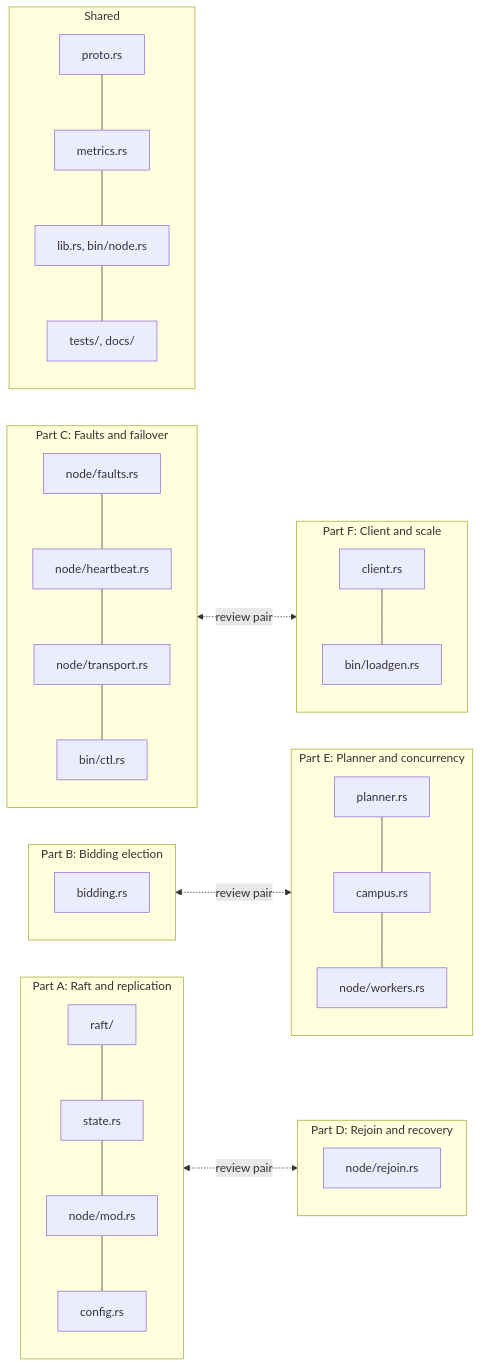
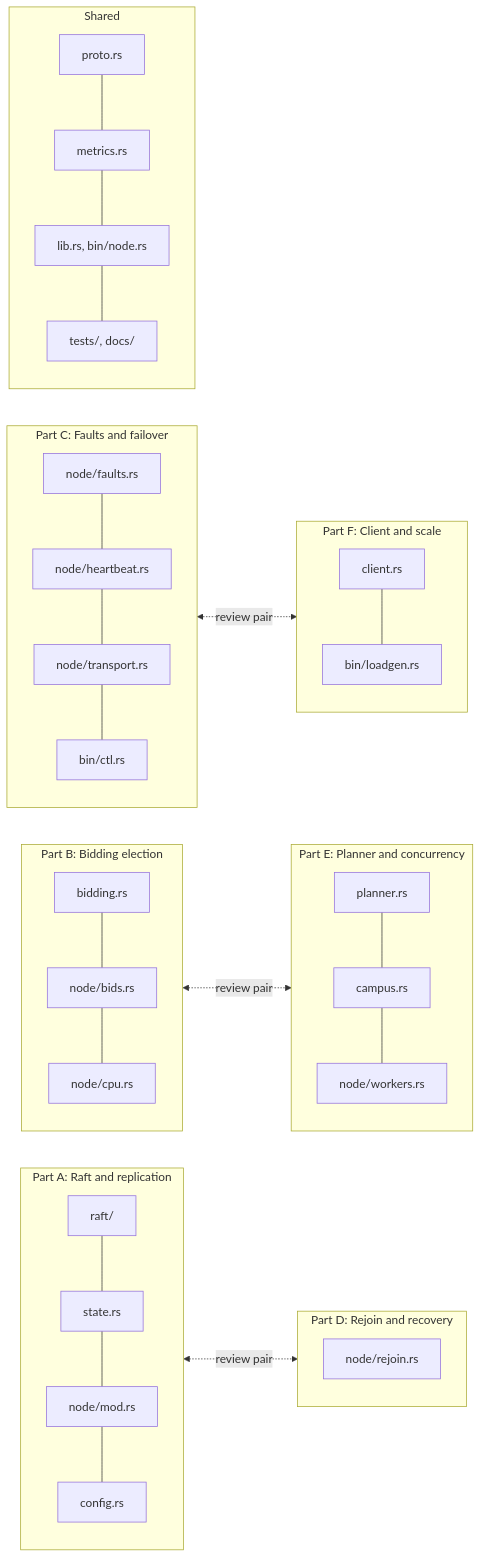
The fourth of 27 diagrams in docs/architecture.md (noortaytoy1/DistributedSystems), drawn with Mermaid before and after one commit. The commit also changed other lines of this file and 14 other files, not shown here.

````diff
--- a/docs/architecture.md
+++ b/docs/architecture.md
@@ -220,27 +221,27 @@
 ```mermaid
 flowchart LR
     subgraph A["Part A: Raft and replication"]
         A1["raft/"] --- A2["state.rs"] --- A3["node/mod.rs"] --- A4["config.rs"]
     end
     subgraph B["Part B: Bidding election"]
-        B1["bidding.rs"]
+        B1["bidding.rs"] --- B2["node/bids.rs"] --- B3["node/cpu.rs"]
     end
     subgraph C["Part C: Faults and failover"]
         C1["node/faults.rs"] --- C2["node/heartbeat.rs"] --- C3["node/transport.rs"] --- C4["bin/ctl.rs"]
     end
     subgraph D["Part D: Rejoin and recovery"]
         D1["node/rejoin.rs"]
     end
     subgraph E["Part E: Planner and concurrency"]
         E1["planner.rs"] --- E2["campus.rs"] --- E3["node/workers.rs"]
     end
     subgraph F["Part F: Client and scale"]
         F1["client.rs"] --- F2["bin/loadgen.rs"]
     end
     subgraph S["Shared"]
         S1["proto.rs"] --- S2["metrics.rs"] --- S3["lib.rs, bin/node.rs"] --- S4["tests/, docs/"]
     end
     A <-.->|review pair| D
     B <-.->|review pair| E
     C <-.->|review pair| F
 ```
````
